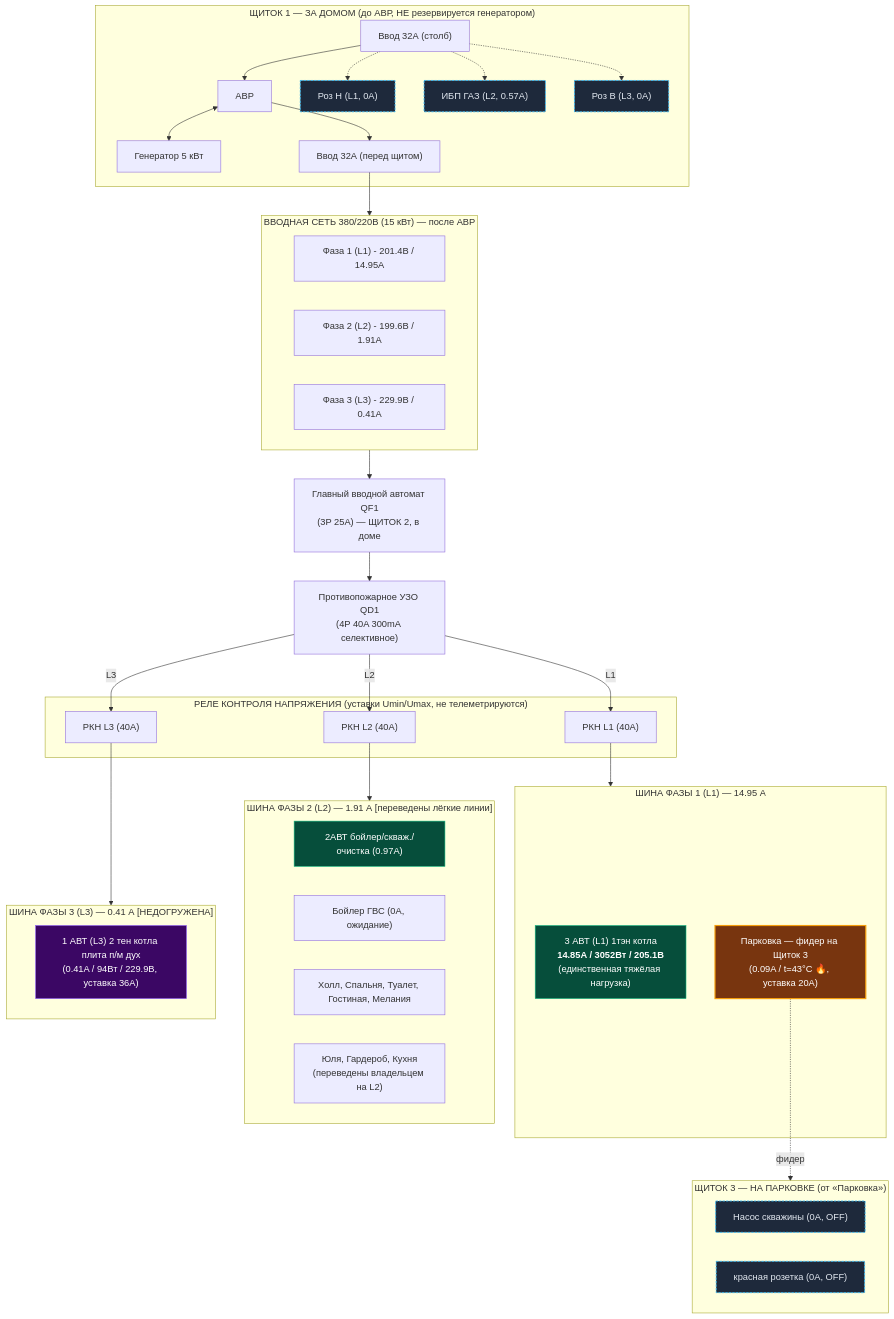
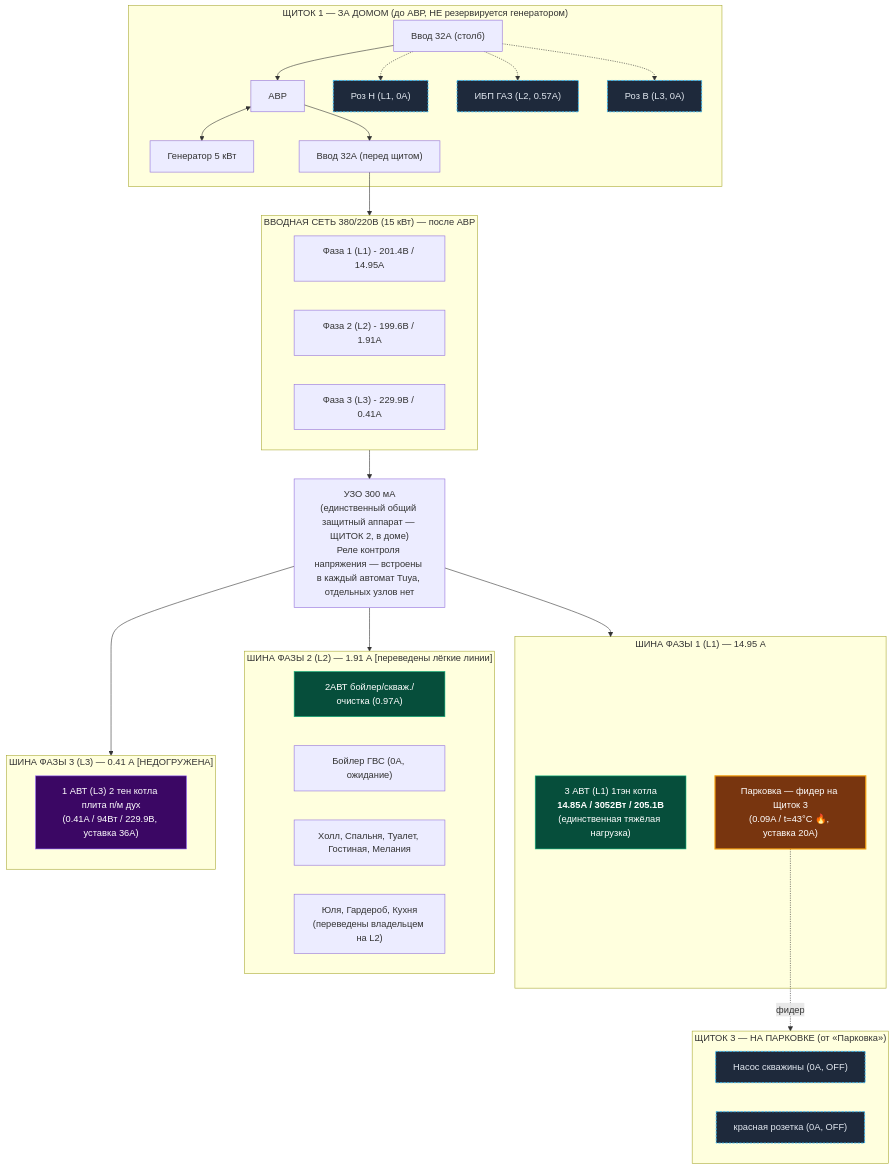
One commit to Dmitran13/home-electrical-schema changed the diagram in README.md. Above: the diagram before and after it, drawn with Mermaid. The commit also changed other lines of this file and 3 other files, not shown here.

````diff
--- a/README.md
+++ b/README.md
@@ -199,79 +205,68 @@
 ```mermaid
 flowchart TD
     subgraph STREET ["ЩИТОК 1 — ЗА ДОМОМ (до АВР, НЕ резервируется генератором)"]
         SIN1["Ввод 32А (столб)"]
         ATS["АВР"]
         GEN["Генератор 5 кВт"]
         PRE_ROZN["Роз Н (L1, 0A)"]
         PRE_GAZ["ИБП ГАЗ (L2, 0.57A)"]
         PRE_ROZV["Роз В (L3, 0A)"]
         SIN1 --> ATS
         ATS <--> GEN
         SIN1 -.-> PRE_ROZN
         SIN1 -.-> PRE_GAZ
         SIN1 -.-> PRE_ROZV
         SIN2["Ввод 32А (перед щитом)"]
         ATS --> SIN2
     end
 
     subgraph GRID ["ВВОДНАЯ СЕТЬ 380/220В (15 кВт) — после АВР"]
         IN_L1["Фаза 1 (L1) - 201.4В / 14.95А"]
         IN_L2["Фаза 2 (L2) - 199.6В / 1.91А"]
         IN_L3["Фаза 3 (L3) - 229.9В / 0.41А"]
     end
 
     SIN2 --> GRID
 
-    QF1["Главный вводной автомат QF1<br/>(3P 25A) — ЩИТОК 2, в доме"]
-    QD1["Противопожарное УЗО QD1<br/>(4P 40A 300mA селективное)"]
+    QD1["УЗО 300 мА<br/>(единственный общий защитный аппарат — ЩИТОК 2, в доме)<br/>Реле контроля напряжения — встроены в каждый автомат Tuya, отдельных узлов нет"]
 
-    GRID --> QF1 --> QD1
-
-    subgraph V_RELAYS ["РЕЛЕ КОНТРОЛЯ НАПРЯЖЕНИЯ (уставки Umin/Umax, не телеметрируются)"]
-        RKN1["РКН L1 (40A)"]
-        RKN2["РКН L2 (40A)"]
-        RKN3["РКН L3 (40A)"]
-    end
-
-    QD1 -->|L1| RKN1
-    QD1 -->|L2| RKN2
-    QD1 -->|L3| RKN3
+    GRID --> QD1
 
     subgraph BUS_L1 ["ШИНА ФАЗЫ 1 (L1) — 14.95 А"]
         L1_KOTEL["3 АВТ (L1) 1тэн котла<br/><b>14.85A / 3052Вт / 205.1В</b><br/>(единственная тяжёлая нагрузка)"]
         L1_PARK["Парковка — фидер на Щиток 3<br/>(0.09A / t=43°C 🔥, уставка 20А)"]
     end
 
     subgraph SUB3 ["ЩИТОК 3 — НА ПАРКОВКЕ (от «Парковка»)"]
         L3_NASOS["Насос скважины (0A, OFF)"]
         L3_KROZ["красная розетка (0A, OFF)"]
     end
 
     L1_PARK -.->|фидер| SUB3
 
     subgraph BUS_L2 ["ШИНА ФАЗЫ 2 (L2) — 1.91 А [переведены лёгкие линии]"]
         L2_BOIL["2АВТ бойлер/скваж./очистка (0.97A)"]
         L2_BOIL2["Бойлер ГВС (0A, ожидание)"]
         L2_ROOMS["Холл, Спальня, Туалет, Гостиная, Мелания"]
         L2_MOVED["Юля, Гардероб, Кухня<br/>(переведены владельцем на L2)"]
     end
 
     subgraph BUS_L3 ["ШИНА ФАЗЫ 3 (L3) — 0.41 А [НЕДОГРУЖЕНА]"]
         L3_PLITA["1 АВТ (L3) 2 тен котла плита п/м дух<br/>(0.41A / 94Вт / 229.9В, уставка 36А)"]
     end
 
-    RKN1 --> BUS_L1
-    RKN2 --> BUS_L2
-    RKN3 --> BUS_L3
+    QD1 --> BUS_L1
+    QD1 --> BUS_L2
+    QD1 --> BUS_L3
 
     classDef crit fill:#7f1d1d,stroke:#ef4444,stroke-width:2px,color:#fff;
     classDef warn fill:#78350f,stroke:#f59e0b,stroke-width:2px,color:#fff;
     classDef ok fill:#064e3b,stroke:#10b981,stroke-width:1px,color:#fff;
     classDef l3style fill:#3b0764,stroke:#8b5cf6,stroke-width:1px,color:#fff;
     classDef preats fill:#1e293b,stroke:#38bdf8,stroke-width:1.5px,color:#e2e8f0,stroke-dasharray: 4 2;
 
     class L1_PARK warn;
     class L1_KOTEL,L2_BOIL ok;
     class L3_PLITA l3style;
     class PRE_ROZN,PRE_GAZ,PRE_ROZV,L3_NASOS,L3_KROZ preats;
 ```
````
